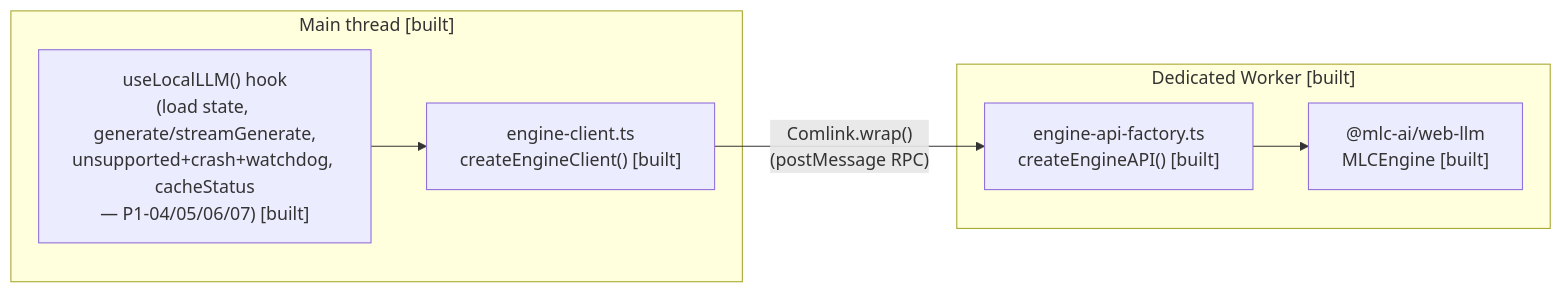
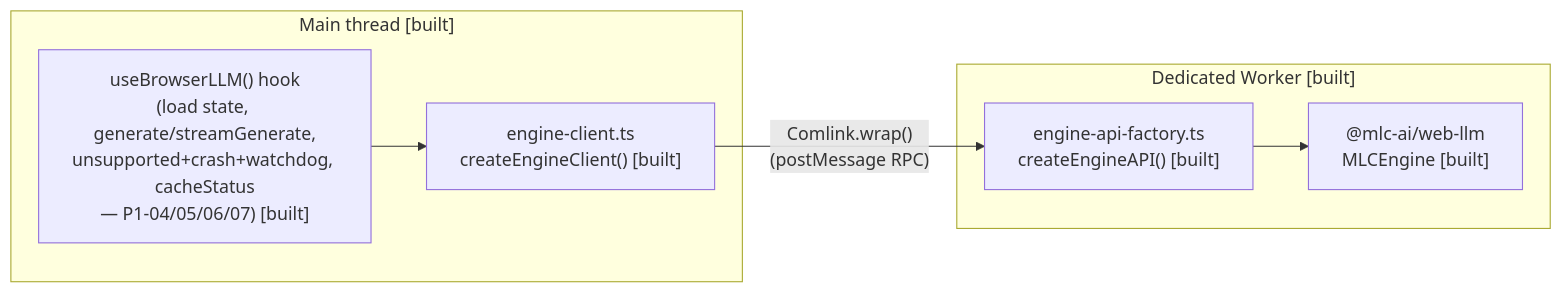
The second of 2 diagrams in docs/architecture-diagrams.md (Muhammad-UmairAli/use-browser-llm), drawn with Mermaid before and after one commit. The commit also changed other lines of this file and 22 other files, not shown here.

````diff
--- a/docs/architecture-diagrams.md
+++ b/docs/architecture-diagrams.md
@@ -39,16 +39,16 @@
 ```mermaid
 flowchart LR
     subgraph MainThread["Main thread [built]"]
-        hook["useLocalLLM() hook\n(load state, generate/streamGenerate,\nunsupported+crash+watchdog, cacheStatus\n— P1-04/05/06/07) [built]"]
+        hook["useBrowserLLM() hook\n(load state, generate/streamGenerate,\nunsupported+crash+watchdog, cacheStatus\n— P1-04/05/06/07) [built]"]
         client["engine-client.ts\ncreateEngineClient() [built]"]
         hook --> client
     end
 
     subgraph Worker["Dedicated Worker [built]"]
         api["engine-api-factory.ts\ncreateEngineAPI() [built]"]
         engine["@mlc-ai/web-llm\nMLCEngine [built]"]
         api --> engine
     end
 
     client -- "Comlink.wrap<EngineAPI>()\n(postMessage RPC)" --> api
 ```
````
